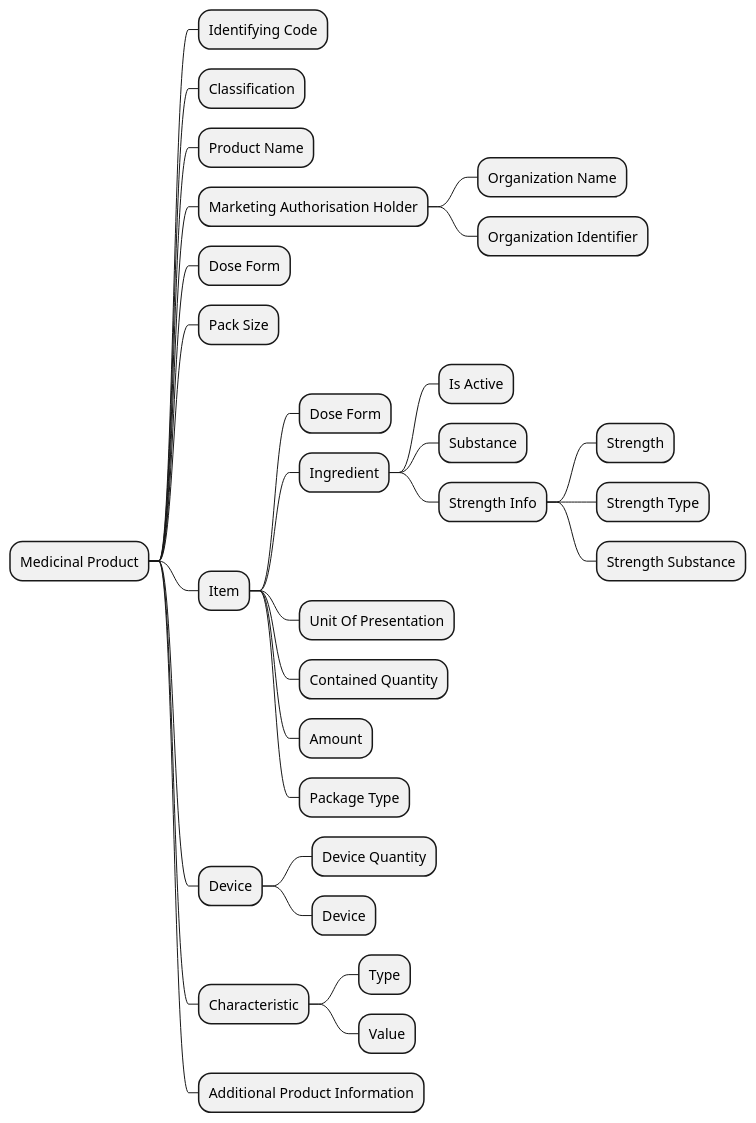
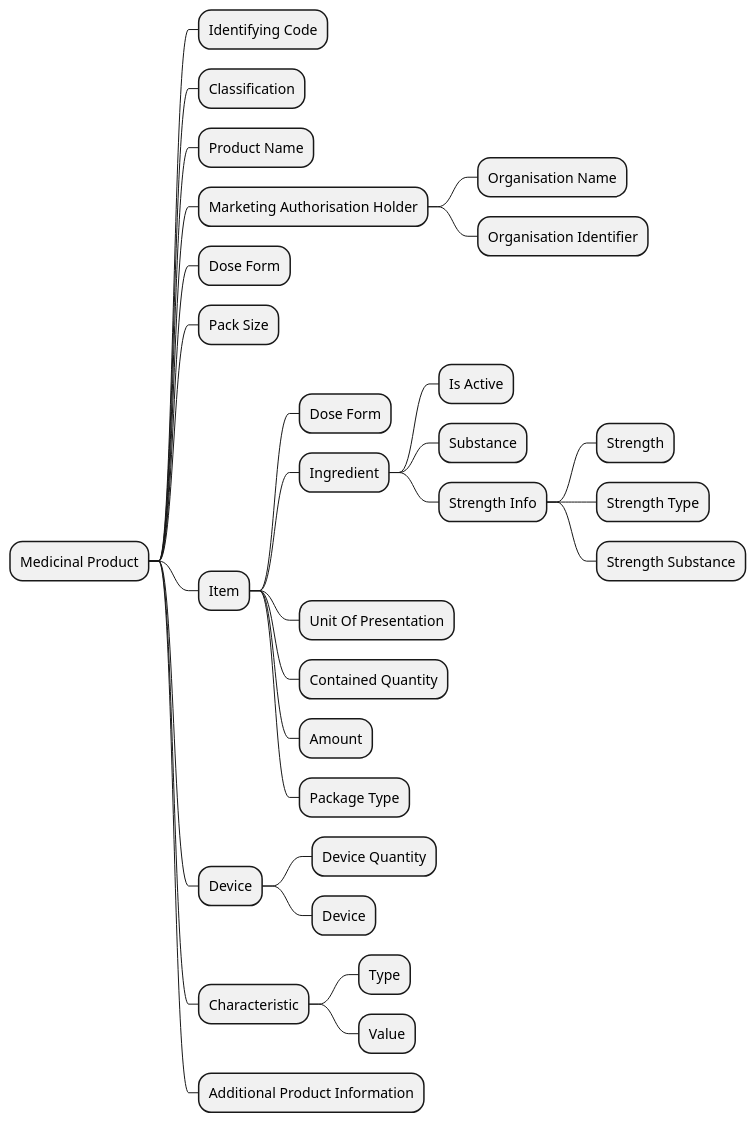
One commit to Xt-EHR/xt-ehr-common changed the diagram in input/images-source/prescription_medicinal_product_CIM_TC.plantuml. Above: the diagram before and after it, drawn with PlantUML. The commit also changed 16 other files, not shown here.

```diff
--- a/input/images-source/prescription_medicinal_product_CIM_TC.plantuml
+++ b/input/images-source/prescription_medicinal_product_CIM_TC.plantuml
@@ -1,31 +1,31 @@
 @startmindmap
 * Medicinal Product
 ** Identifying Code
 ** Classification
 ** Product Name
 ** Marketing Authorisation Holder
-*** Organization Name
-*** Organization Identifier
+*** Organisation Name
+*** Organisation Identifier
 ** Dose Form
 ** Pack Size
 ** Item
 *** Dose Form
 *** Ingredient
 **** Is Active
 **** Substance
 **** Strength Info
 ***** Strength
 ***** Strength Type
 ***** Strength Substance
 *** Unit Of Presentation
 *** Contained Quantity
 *** Amount
 *** Package Type
 ** Device
 *** Device Quantity
 *** Device
 ** Characteristic
 *** Type
 *** Value
 ** Additional Product Information
 @endmindmap
```
